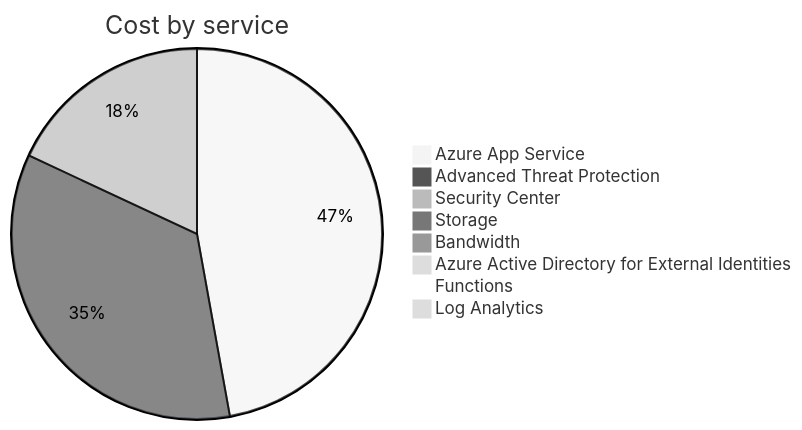
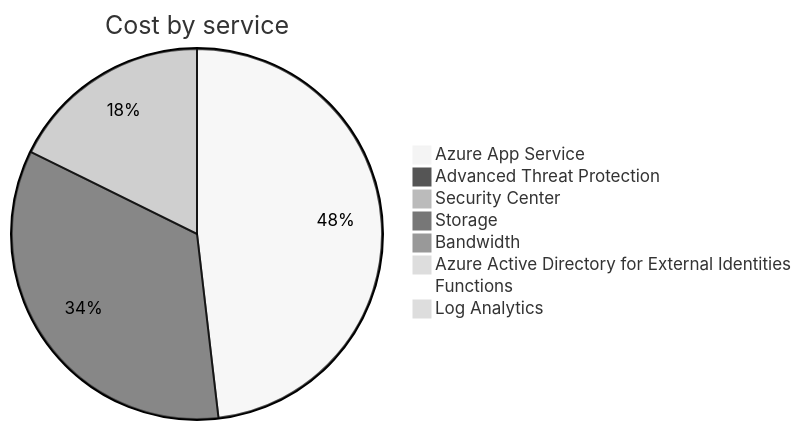
The second of 4 diagrams in cost-reports/personal-site/README.md (jpfulton/azure-personal-reports), drawn with Mermaid (neutral theme) before and after one commit. The commit also changed other lines of this file and 7 other files, not shown here.

````diff
--- a/cost-reports/personal-site/README.md
+++ b/cost-reports/personal-site/README.md
@@ -100,12 +100,12 @@
 ```mermaid
 pie
    title Cost by service
-   "Azure App Service" : 9.62
+   "Azure App Service" : 10.01
    "Advanced Threat Protection" : 7.10
    "Security Center" : 3.68
-   "Storage" : 0.06
+   "Storage" : 0.07
    "Bandwidth" : 0.00
    "Azure Active Directory for External Identities" : 0.00
    "Functions" : 0.00
    "Log Analytics" : 0.00
 ```
````
